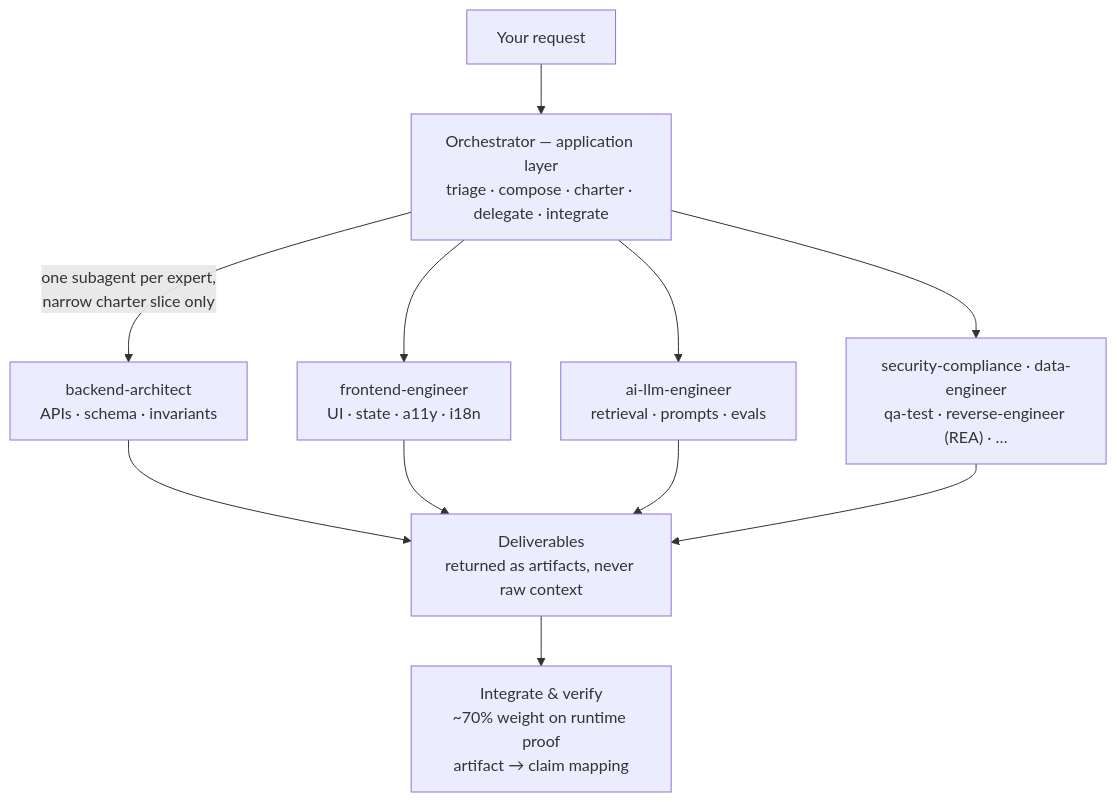
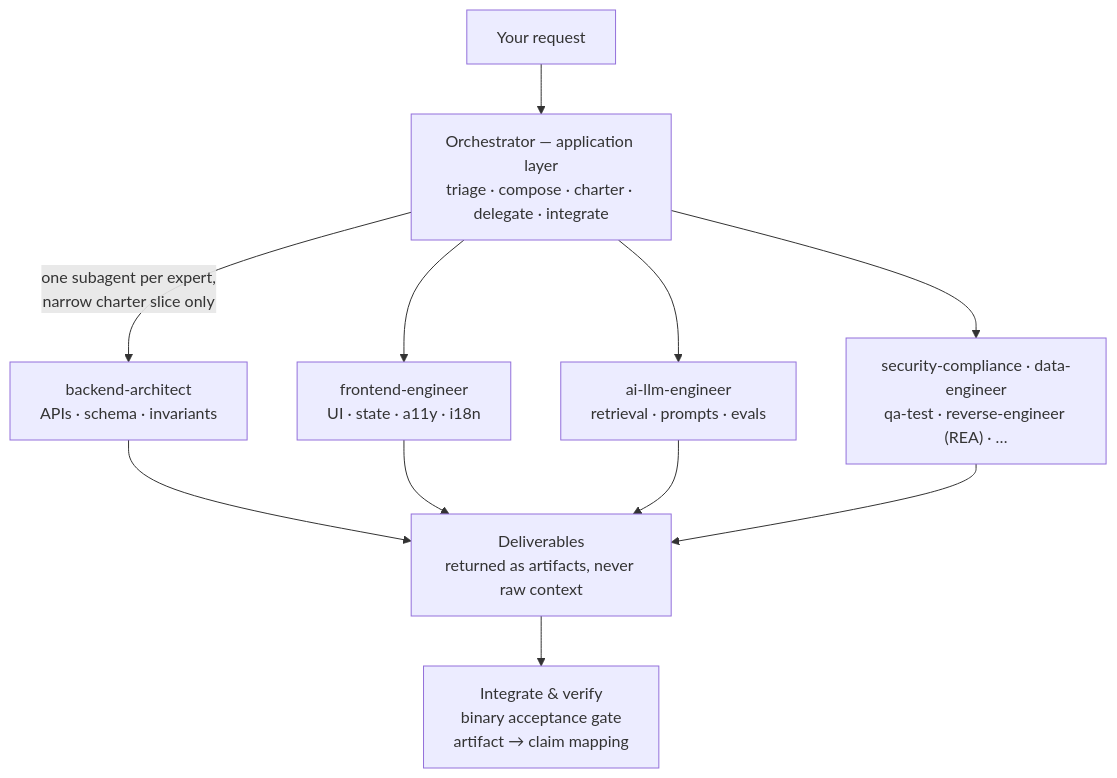
The first of 2 diagrams in README.md (SilentJMA/mixture-team-of-experts), drawn with Mermaid before and after one commit. The commit also changed other lines of this file and 17 other files, not shown here.

First line of the commit message:
MTOE rev 3: binary acceptance gates, wave 0, ticket track, integrated verification layers

````diff
--- a/README.md
+++ b/README.md
@@ -6,13 +6,13 @@
 ```mermaid
 flowchart TB
     R["Your request"] --> O["Orchestrator — application layer<br/>triage · compose · charter · delegate · integrate"]
     O -->|"one subagent per expert,<br/>narrow charter slice only"| B["backend-architect<br/>APIs · schema · invariants"]
     O --> F["frontend-engineer<br/>UI · state · a11y · i18n"]
     O --> L["ai-llm-engineer<br/>retrieval · prompts · evals"]
     O --> M["security-compliance · data-engineer<br/>qa-test · reverse-engineer (REA) · …"]
     B --> D["Deliverables<br/>returned as artifacts, never raw context"]
     F --> D
     L --> D
     M --> D
-    D --> I["Integrate & verify<br/>~70% weight on runtime proof<br/>artifact → claim mapping"]
+    D --> I["Integrate & verify<br/>binary acceptance gate<br/>artifact → claim mapping"]
 ```
````
